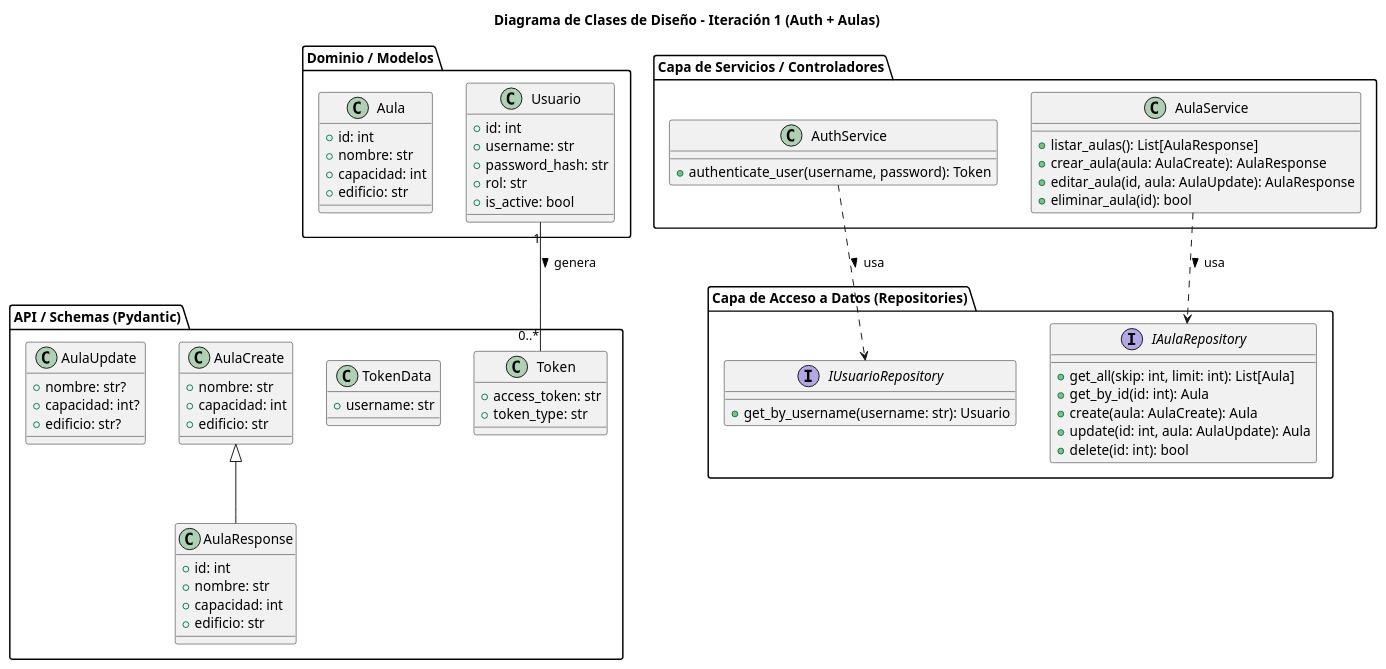
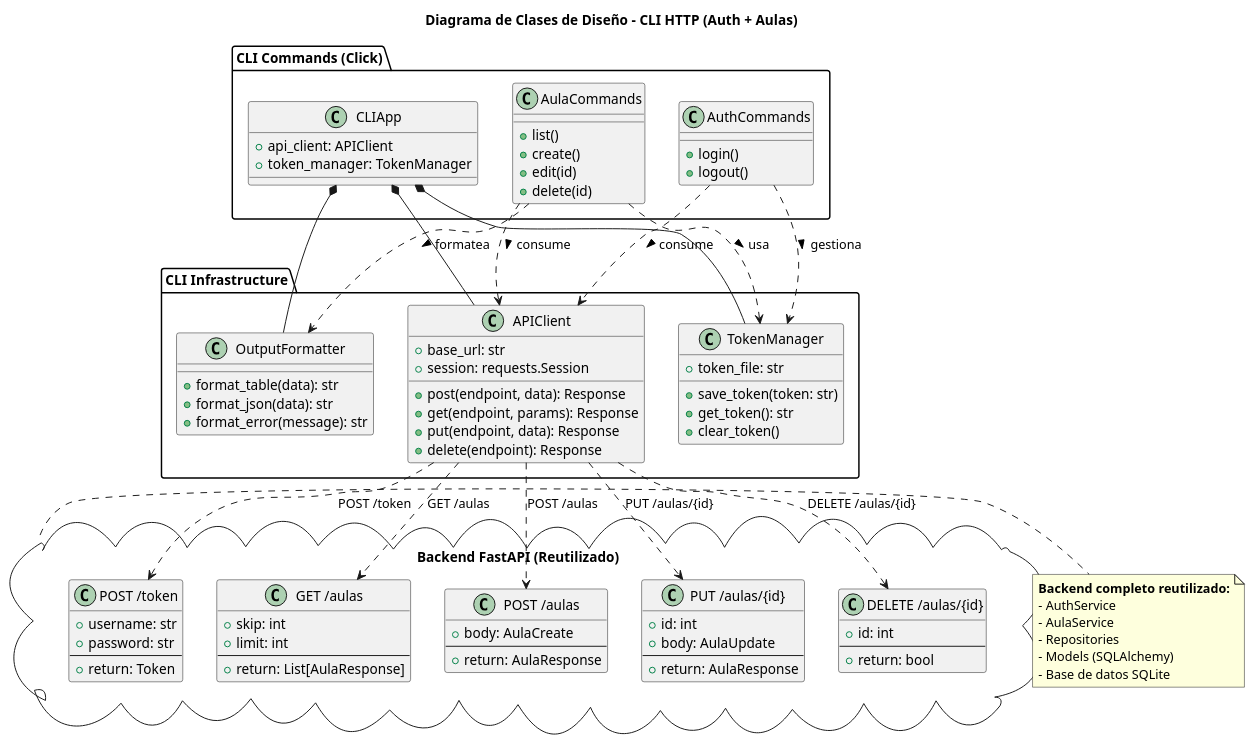
One commit to mmasias/pySigHor changed the diagram in RUP/02-diseño/clases-diseño.puml. Above: the diagram before and after it, drawn with PlantUML. The commit also changed 20 other files, not shown here.

Commit message:
feat: Diseño CLI con reuso

```diff
--- a/RUP/02-diseño/clases-diseño.puml
+++ b/RUP/02-diseño/clases-diseño.puml
@@ -1,84 +1,108 @@
 @startuml
-title Diagrama de Clases de Diseño - Iteración 1 (Auth + Aulas)
+title Diagrama de Clases de Diseño - CLI HTTP (Auth + Aulas)
 
-package "Dominio / Modelos" {
-    class Usuario {
-        +id: int
-        +username: str
-        +password_hash: str
-        +rol: str
-        +is_active: bool
+package "CLI Commands (Click)" {
+    class CLIApp {
+        +api_client: APIClient
+        +token_manager: TokenManager
     }
 
-    class Aula {
-        +id: int
-        +nombre: str
-        +capacidad: int
-        +edificio: str
+    class AuthCommands {
+        +login()
+        +logout()
+    }
+
+    class AulaCommands {
+        +list()
+        +create()
+        +edit(id)
+        +delete(id)
     }
 }
 
-package "API / Schemas (Pydantic)" {
-    class Token {
-        +access_token: str
-        +token_type: str
+package "CLI Infrastructure" {
+    class APIClient {
+        +base_url: str
+        +session: requests.Session
+        +post(endpoint, data): Response
+        +get(endpoint, params): Response
+        +put(endpoint, data): Response
+        +delete(endpoint): Response
     }
 
-    class TokenData {
-        +username: str
+    class TokenManager {
+        +token_file: str
+        +save_token(token: str)
+        +get_token(): str
+        +clear_token()
     }
 
-    class AulaCreate {
-        +nombre: str
-        +capacidad: int
-        +edificio: str
-    }
-
-    class AulaUpdate {
-        +nombre: str?
-        +capacidad: int?
-        +edificio: str?
-    }
-    
-    class AulaResponse {
-        +id: int
-        +nombre: str
-        +capacidad: int
-        +edificio: str
-    }
-    
-    AulaCreate <|-- AulaResponse
-}
-
-package "Capa de Acceso a Datos (Repositories)" {
-    interface IUsuarioRepository {
-        +get_by_username(username: str): Usuario
-    }
-
-    interface IAulaRepository {
-        +get_all(skip: int, limit: int): List[Aula]
-        +get_by_id(id: int): Aula
-        +create(aula: AulaCreate): Aula
-        +update(id: int, aula: AulaUpdate): Aula
-        +delete(id: int): bool
+    class OutputFormatter {
+        +format_table(data): str
+        +format_json(data): str
+        +format_error(message): str
     }
 }
 
-package "Capa de Servicios / Controladores" {
-    class AuthService {
-        +authenticate_user(username, password): Token
+package "Backend FastAPI (Reutilizado)" <<Cloud>> {
+    class "POST /token" as LoginEndpoint {
+        +username: str
+        +password: str
+        --
+        +return: Token
     }
-    
-    class AulaService {
-        +listar_aulas(): List[AulaResponse]
-        +crear_aula(aula: AulaCreate): AulaResponse
-        +editar_aula(id, aula: AulaUpdate): AulaResponse
-        +eliminar_aula(id): bool
+
+    class "GET /aulas" as ListAulasEndpoint {
+        +skip: int
+        +limit: int
+        --
+        +return: List[AulaResponse]
+    }
+
+    class "POST /aulas" as CreateAulaEndpoint {
+        +body: AulaCreate
+        --
+        +return: AulaResponse
+    }
+
+    class "PUT /aulas/{id}" as UpdateAulaEndpoint {
+        +id: int
+        +body: AulaUpdate
+        --
+        +return: AulaResponse
+    }
+
+    class "DELETE /aulas/{id}" as DeleteAulaEndpoint {
+        +id: int
+        --
+        +return: bool
     }
 }
 
-Usuario "1" -- "0..*" Token : genera >
-AulaService ..> IAulaRepository : usa >
-AuthService ..> IUsuarioRepository : usa >
+CLIApp *-- APIClient
+CLIApp *-- TokenManager
+CLIApp *-- OutputFormatter
+
+AuthCommands ..> APIClient : consume >
+AuthCommands ..> TokenManager : gestiona >
+
+AulaCommands ..> APIClient : consume >
+AulaCommands ..> TokenManager : usa >
+AulaCommands ..> OutputFormatter : formatea >
+
+APIClient ..> LoginEndpoint : POST /token
+APIClient ..> ListAulasEndpoint : GET /aulas
+APIClient ..> CreateAulaEndpoint : POST /aulas
+APIClient ..> UpdateAulaEndpoint : PUT /aulas/{id}
+APIClient ..> DeleteAulaEndpoint : DELETE /aulas/{id}
+
+note right of "Backend FastAPI (Reutilizado)"
+  **Backend completo reutilizado:**
+  - AuthService
+  - AulaService
+  - Repositories
+  - Models (SQLAlchemy)
+  - Base de datos SQLite
+end note
 
 @enduml
```
